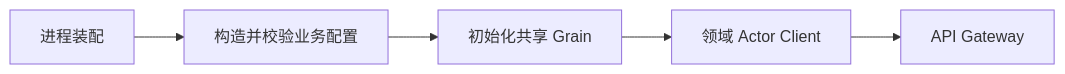
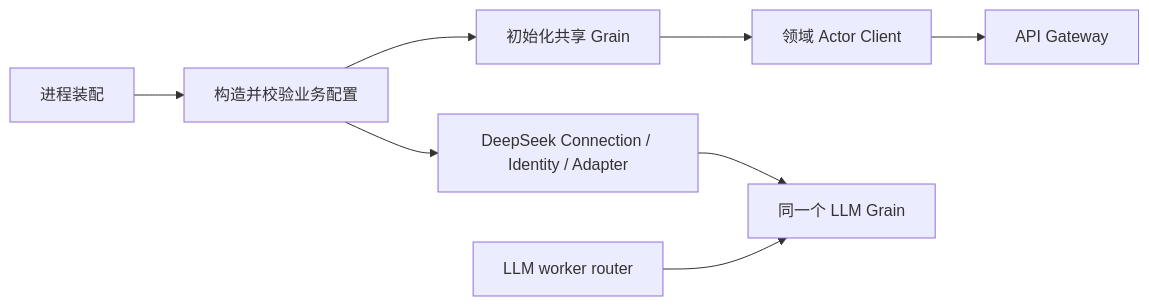
Before and after one commit to gorenx/goren: the diagram in internal/server/README.zh-CN.md, drawn with Mermaid. The commit also changed other lines of this file and 13 other files, not shown here.

````diff
--- a/internal/server/README.zh-CN.md
+++ b/internal/server/README.zh-CN.md
@@ -7,7 +9,10 @@
 ```mermaid
 flowchart LR
  S[进程装配] --> B[构造并校验业务配置]
  B --> G[初始化共享 Grain]
  G --> C[领域 Actor Client]
  C --> API[API Gateway]
+ B --> D[DeepSeek Connection / Identity / Adapter]
+ D --> L[同一个 LLM Grain]
+ W[LLM worker router] --> L
 ```
````
